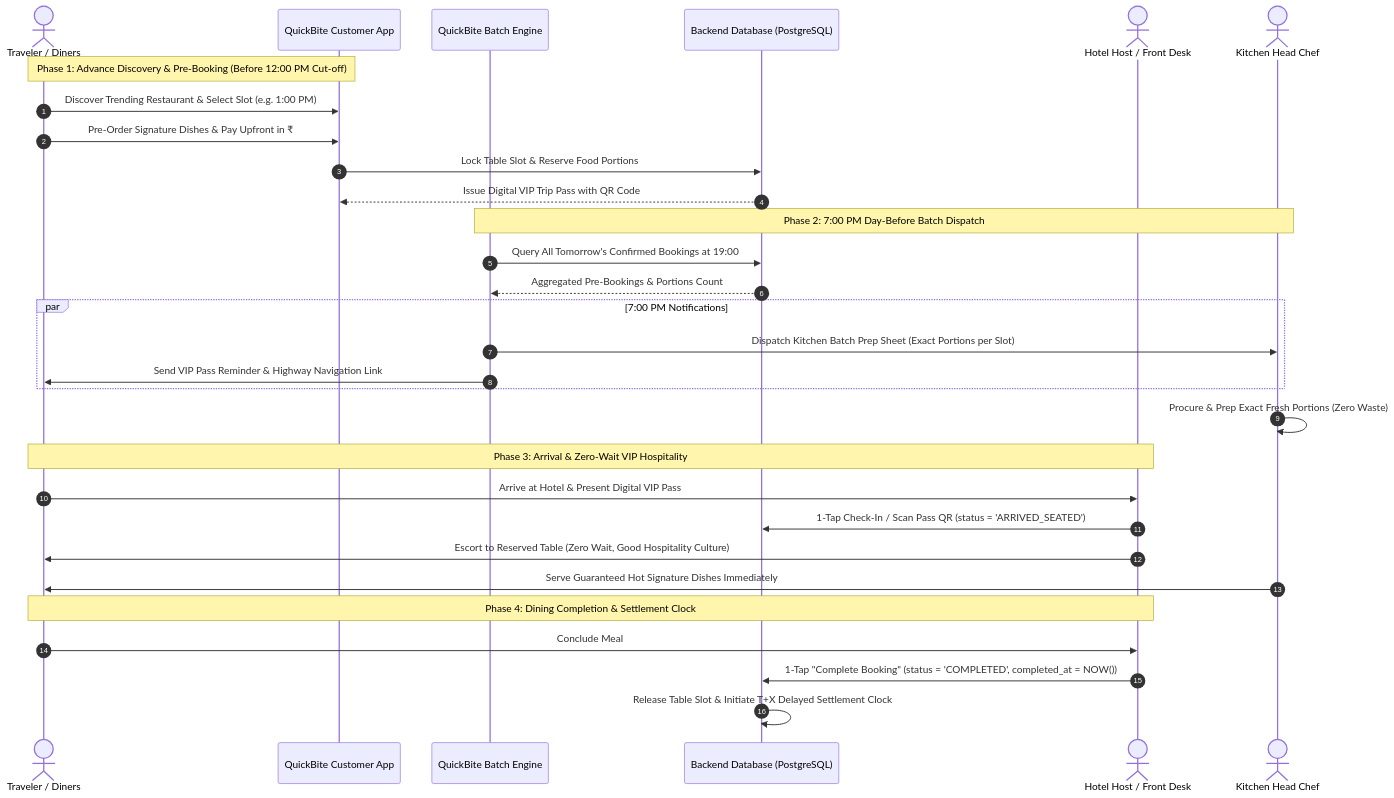
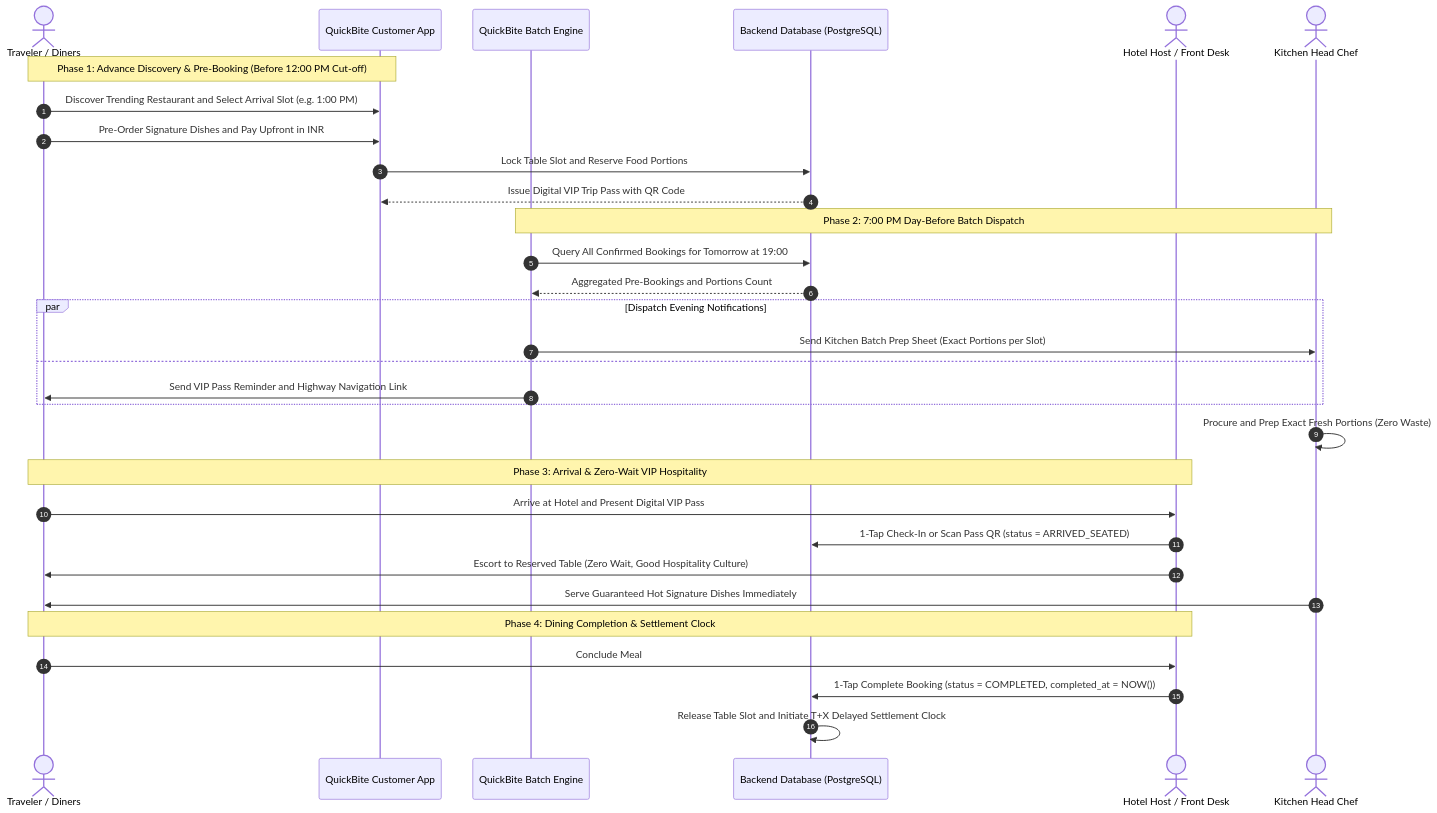
The fifth of 5 diagrams in docs/er-diagram.md (SidharthT-TechExpert/RWB_Project), drawn with Mermaid before and after one commit. The commit also changed other lines of this file, not shown here.

Commit message:
fix(mermaid): remove semicolon and invalid syntax breaking GitHub preview

````diff
--- a/docs/er-diagram.md
+++ b/docs/er-diagram.md
@@ -299,36 +299,37 @@
 ```mermaid
 sequenceDiagram
     autonumber
     actor Diner as Traveler / Diners
     participant App as QuickBite Customer App
     participant System as QuickBite Batch Engine
     participant DB as Backend Database (PostgreSQL)
     actor Host as Hotel Host / Front Desk
     actor Chef as Kitchen Head Chef
 
     Note over Diner,App: Phase 1: Advance Discovery & Pre-Booking (Before 12:00 PM Cut-off)
-    Diner->>App: Discover Trending Restaurant & Select Slot (e.g. 1:00 PM)
-    Diner->>App: Pre-Order Signature Dishes & Pay Upfront in ₹
-    App->>DB: Lock Table Slot & Reserve Food Portions
+    Diner->>App: Discover Trending Restaurant and Select Arrival Slot (e.g. 1:00 PM)
+    Diner->>App: Pre-Order Signature Dishes and Pay Upfront in INR
+    App->>DB: Lock Table Slot and Reserve Food Portions
     DB-->>App: Issue Digital VIP Trip Pass with QR Code
 
     Note over System,Chef: Phase 2: 7:00 PM Day-Before Batch Dispatch
-    System->>DB: Query All Tomorrow's Confirmed Bookings at 19:00
-    DB-->>System: Aggregated Pre-Bookings & Portions Count
-    par 7:00 PM Notifications
-        System->>Chef: Dispatch Kitchen Batch Prep Sheet (Exact Portions per Slot)
-        System->>Diner: Send VIP Pass Reminder & Highway Navigation Link
+    System->>DB: Query All Confirmed Bookings for Tomorrow at 19:00
+    DB-->>System: Aggregated Pre-Bookings and Portions Count
+    par Dispatch Evening Notifications
+        System->>Chef: Send Kitchen Batch Prep Sheet (Exact Portions per Slot)
+    and
+        System->>Diner: Send VIP Pass Reminder and Highway Navigation Link
     end
-    Chef->>Chef: Procure & Prep Exact Fresh Portions (Zero Waste)
+    Chef->>Chef: Procure and Prep Exact Fresh Portions (Zero Waste)
 
     Note over Diner,Host: Phase 3: Arrival & Zero-Wait VIP Hospitality
-    Diner->>Host: Arrive at Hotel & Present Digital VIP Pass
-    Host->>DB: 1-Tap Check-In / Scan Pass QR (status = 'ARRIVED_SEATED')
+    Diner->>Host: Arrive at Hotel and Present Digital VIP Pass
+    Host->>DB: 1-Tap Check-In or Scan Pass QR (status = ARRIVED_SEATED)
     Host->>Diner: Escort to Reserved Table (Zero Wait, Good Hospitality Culture)
     Chef->>Diner: Serve Guaranteed Hot Signature Dishes Immediately
     
     Note over Diner,Host: Phase 4: Dining Completion & Settlement Clock
     Diner->>Host: Conclude Meal
-    Host->>DB: 1-Tap "Complete Booking" (status = 'COMPLETED', completed_at = NOW())
-    DB->>DB: Release Table Slot & Initiate T+X Delayed Settlement Clock
+    Host->>DB: 1-Tap Complete Booking (status = COMPLETED, completed_at = NOW())
+    DB->>DB: Release Table Slot and Initiate T+X Delayed Settlement Clock
 ```
````
